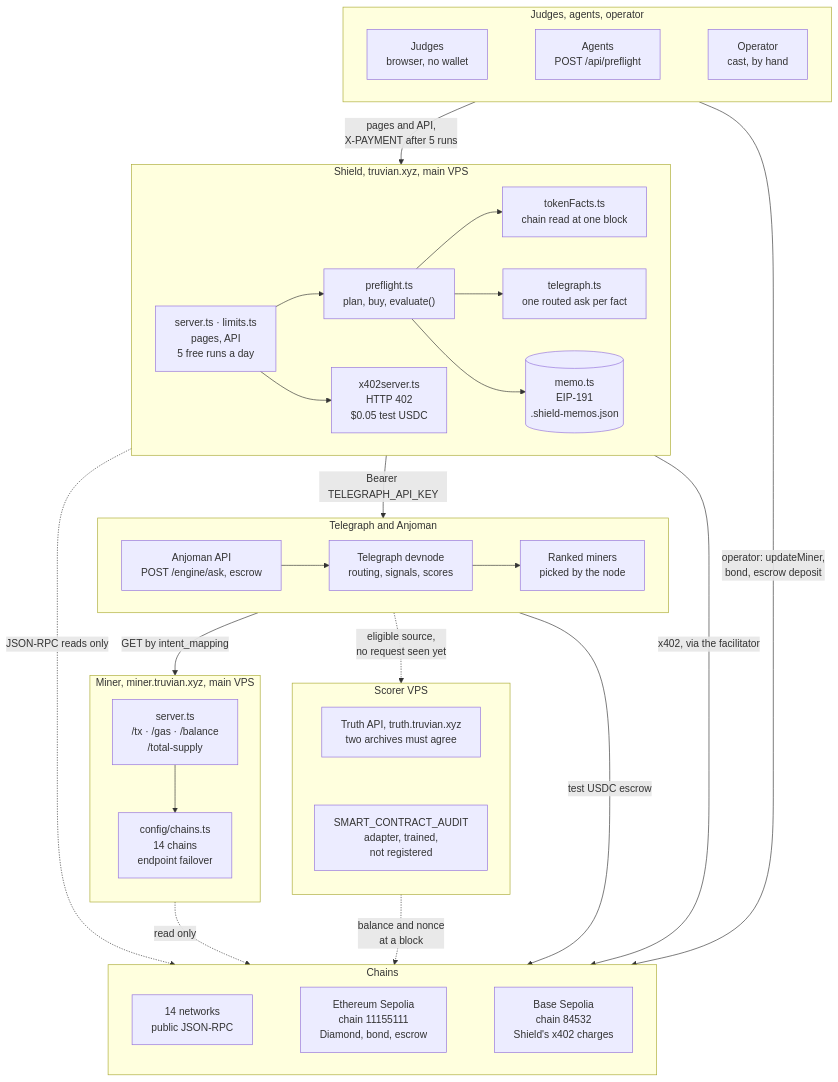
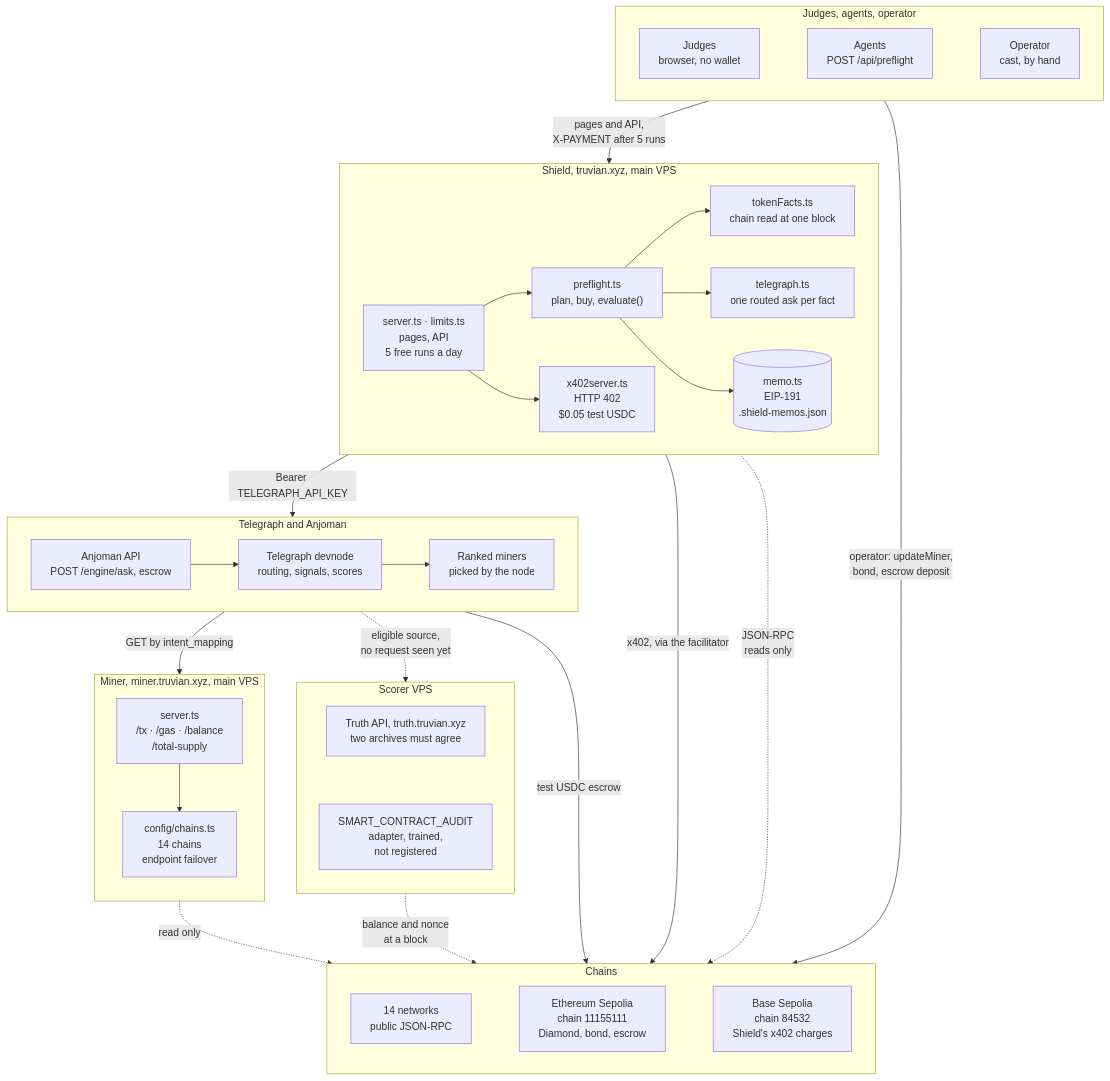
One commit to mrnetwork0001/Truvian changed the first of 7 diagrams in README.md. Above: the diagram before and after it, drawn with Mermaid. The commit also changed other lines of this file, not shown here.

First line of the commit message:
README: diagram labels that do not collide, and epoch 30 miner scores

````diff
--- a/README.md
+++ b/README.md
@@ -105,63 +105,63 @@
 ```mermaid
 flowchart TB
   subgraph People["Judges, agents, operator"]
     direction LR
     JUDGE["Judges<br/>browser, no wallet"]
     AGENT["Agents<br/>POST /api/preflight"]
     OPER["Operator<br/>cast, by hand"]
     JUDGE ~~~ AGENT ~~~ OPER
   end
 
   subgraph Shield["Shield, truvian.xyz, main VPS"]
     direction LR
     API["server.ts · limits.ts<br/>pages, API<br/>5 free runs a day"]
     PRE["preflight.ts<br/>plan, buy, evaluate()"]
     X402["x402server.ts<br/>HTTP 402<br/>$0.05 test USDC"]
     FACTS["tokenFacts.ts<br/>chain read at one block"]
     TG["telegraph.ts<br/>one routed ask per fact"]
     MEMO[("memo.ts<br/>EIP-191<br/>.shield-memos.json")]
     API --> PRE & X402
     PRE --> FACTS & TG & MEMO
   end
 
   subgraph Telegraph["Telegraph and Anjoman"]
     direction LR
     ANJ["Anjoman API<br/>POST /engine/ask, escrow"]
     NODE["Telegraph devnode<br/>routing, signals, scores"]
     RANKED["Ranked miners<br/>picked by the node"]
     ANJ --> NODE --> RANKED
   end
 
   subgraph Miner["Miner, miner.truvian.xyz, main VPS"]
     direction TB
     ROUTES["server.ts<br/>/tx · /gas · /balance<br/>/total-supply"]
     REG["config/chains.ts<br/>14 chains<br/>endpoint failover"]
     ROUTES --> REG
   end
 
   subgraph Scorer["Scorer VPS"]
     direction TB
     TRUTH["Truth API, truth.truvian.xyz<br/>two archives must agree"]
     ADAPT["SMART_CONTRACT_AUDIT<br/>adapter, trained,<br/>not registered"]
     TRUTH ~~~ ADAPT
   end
 
   subgraph Chains["Chains"]
     direction LR
     MAIN["14 networks<br/>public JSON-RPC"]
     SEP["Ethereum Sepolia<br/>chain 11155111<br/>Diamond, bond, escrow"]
     BSEP["Base Sepolia<br/>chain 84532<br/>Shield's x402 charges"]
     MAIN ~~~ SEP ~~~ BSEP
   end
 
   People -- "pages and API,<br/>X-PAYMENT after 5 runs" --> Shield
   Shield -- "Bearer TELEGRAPH_API_KEY" --> Telegraph
   Telegraph -- "GET by intent_mapping" --> Miner
   Telegraph -. "eligible source,<br/>no request seen yet" .-> Scorer
-  Shield -. "JSON-RPC reads only" .-> Chains
   Miner -. "read only" .-> Chains
   Scorer -. "balance and nonce<br/>at a block" .-> Chains
   Telegraph -- "test USDC escrow" --> Chains
   Shield -- "x402, via the facilitator" --> Chains
   People -- "operator: updateMiner,<br/>bond, escrow deposit" --> Chains
+  Shield -. "JSON-RPC<br/>reads only" .-> Chains
 ```
````
